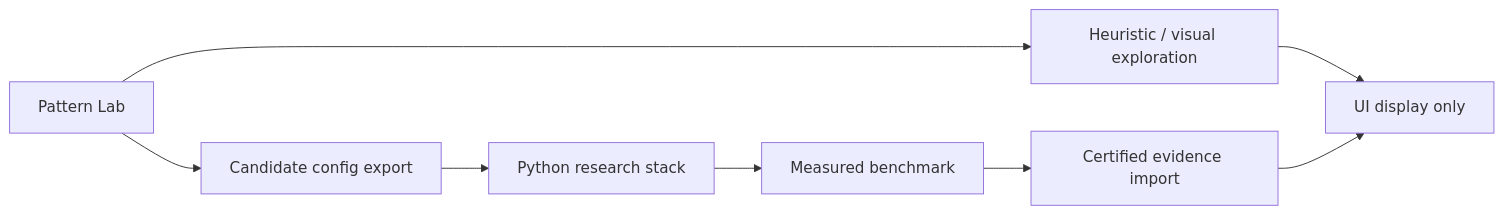
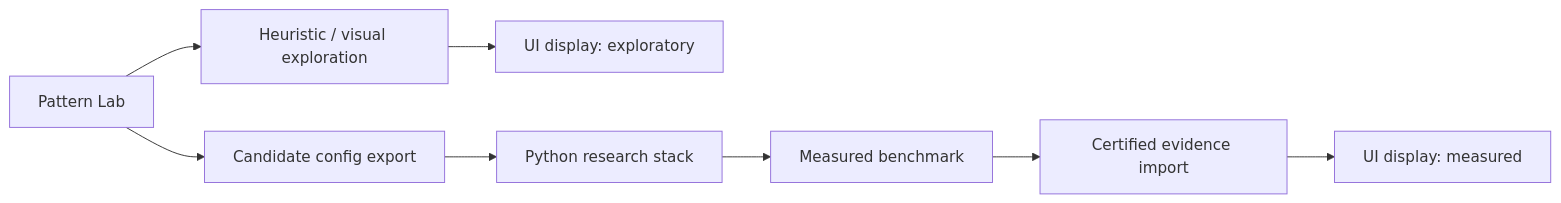
The ninth of 11 diagrams in docs/DIAGRAMS.md (ninja-ops-guy/adversarial-clothing-pipeline), drawn with Mermaid before and after one commit. The commit also changed other lines of this file, not shown here.

Commit message:
docs: add rendered RAC architecture diagram set

````diff
--- a/docs/DIAGRAMS.md
+++ b/docs/DIAGRAMS.md
@@ -215,10 +233,10 @@
 ```mermaid
 flowchart LR
     PL[Pattern Lab] --> H[Heuristic / visual exploration]
     PL --> E[Candidate config export]
-    H --> UI[UI display only]
+    H --> UIH[UI display: exploratory]
     E --> PY[Python research stack]
     PY --> BM[Measured benchmark]
     BM --> CE[Certified evidence import]
-    CE --> UI
+    CE --> UIM[UI display: measured]
 ```
````
